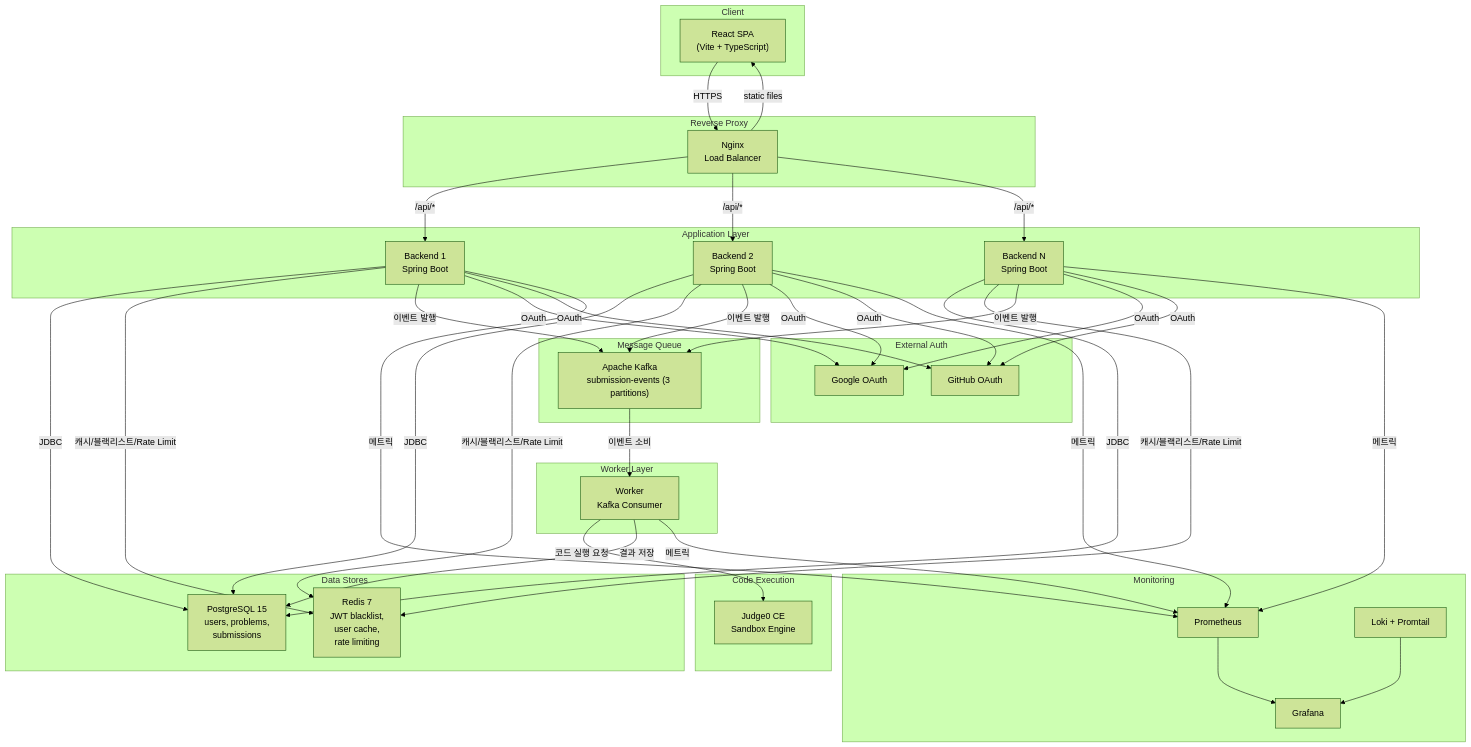
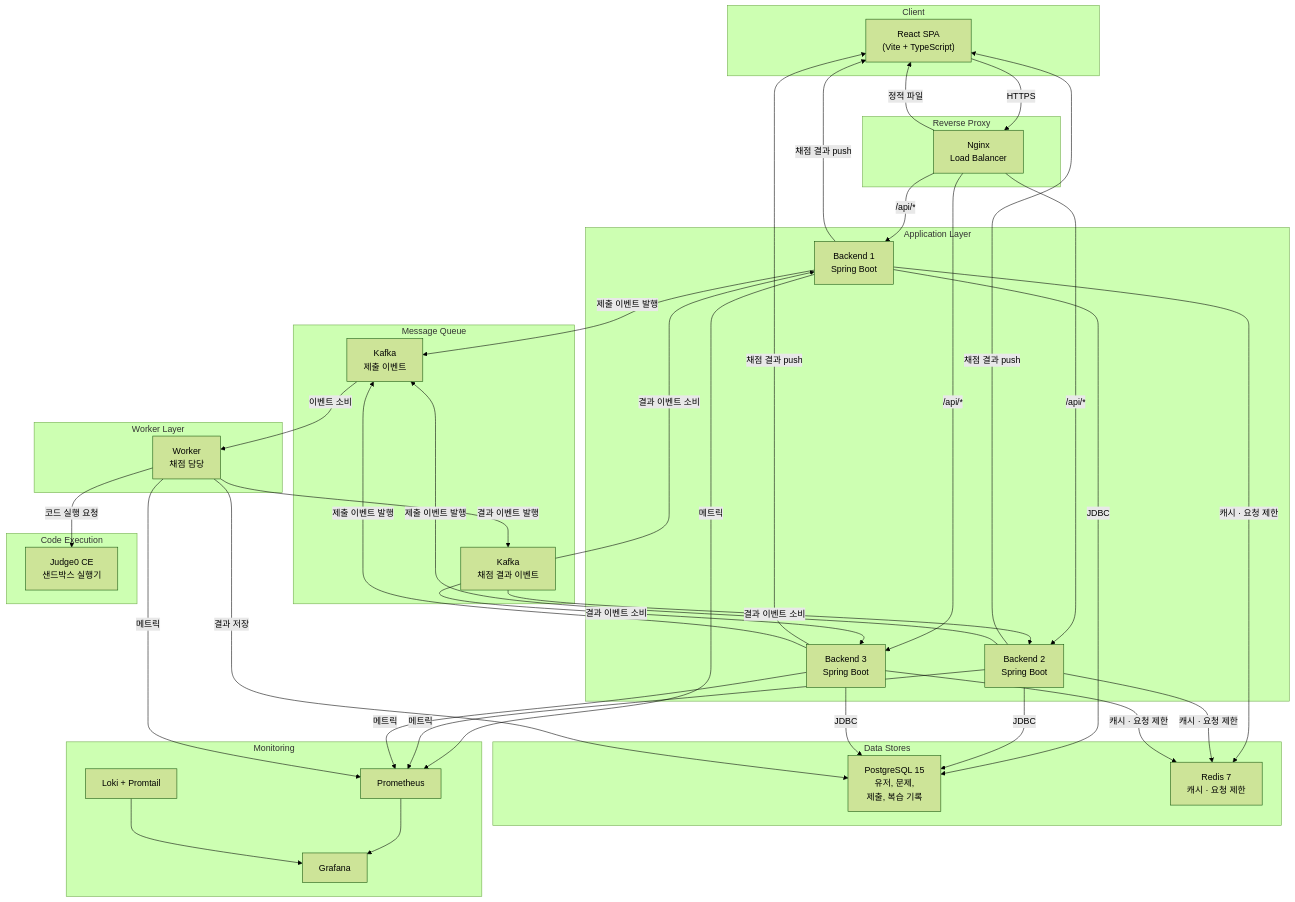
One commit to Kyu-seok/CodeBite changed the diagram in README.md. Above: the diagram before and after it, drawn with Mermaid (forest theme). The commit also changed other lines of this file and 7 other files, not shown here.

````diff
--- a/README.md
+++ b/README.md
@@ -60,62 +109,60 @@
 ```mermaid
 graph TB
     subgraph Client
         Browser["React SPA<br/>(Vite + TypeScript)"]
     end
 
     subgraph Reverse Proxy
         Nginx["Nginx<br/>Load Balancer"]
     end
 
     subgraph Application Layer
         BE1["Backend 1<br/>Spring Boot"]
         BE2["Backend 2<br/>Spring Boot"]
-        BEN["Backend N<br/>Spring Boot"]
+        BEN["Backend 3<br/>Spring Boot"]
     end
 
     subgraph Message Queue
-        Kafka["Apache Kafka<br/>submission-events (3 partitions)"]
+        Kafka["Kafka<br/>제출 이벤트"]
+        KafkaR["Kafka<br/>채점 결과 이벤트"]
     end
 
     subgraph Worker Layer
-        W1["Worker<br/>Kafka Consumer"]
+        W1["Worker<br/>채점 담당"]
     end
 
     subgraph Code Execution
-        Judge0["Judge0 CE<br/>Sandbox Engine"]
+        Judge0["Judge0 CE<br/>샌드박스 실행기"]
     end
 
     subgraph Data Stores
-        PG["PostgreSQL 15<br/>users, problems,<br/>submissions"]
-        Redis["Redis 7<br/>JWT blacklist,<br/>user cache,<br/>rate limiting"]
+        PG["PostgreSQL 15<br/>유저, 문제,<br/>제출, 복습 기록"]
+        Redis["Redis 7<br/>캐시 · 요청 제한"]
     end
 
     subgraph Monitoring
         Prom["Prometheus"]
         Graf["Grafana"]
         Loki["Loki + Promtail"]
     end
 
-    subgraph External Auth
-        Google["Google OAuth"]
-        GitHub["GitHub OAuth"]
-    end
-
     Browser -->|HTTPS| Nginx
     Nginx -->|/api/*| BE1 & BE2 & BEN
-    Nginx -->|static files| Browser
+    Nginx -->|정적 파일| Browser
+    BE1 & BE2 & BEN -->|채점 결과 push| Browser
 
     BE1 & BE2 & BEN -->|JDBC| PG
-    BE1 & BE2 & BEN -->|캐시/블랙리스트/Rate Limit| Redis
-    BE1 & BE2 & BEN -->|이벤트 발행| Kafka
-    BE1 & BE2 & BEN -->|OAuth| Google & GitHub
+    BE1 & BE2 & BEN -->|캐시 · 요청 제한| Redis
+    BE1 & BE2 & BEN -->|제출 이벤트 발행| Kafka
 
     Kafka -->|이벤트 소비| W1
     W1 -->|코드 실행 요청| Judge0
     W1 -->|결과 저장| PG
+    W1 -->|결과 이벤트 발행| KafkaR
+    KafkaR -->|결과 이벤트 소비| BE1 & BE2 & BEN
 
     BE1 & BE2 & BEN -->|메트릭| Prom
     W1 -->|메트릭| Prom
     Prom --> Graf
     Loki --> Graf
 ```
````
